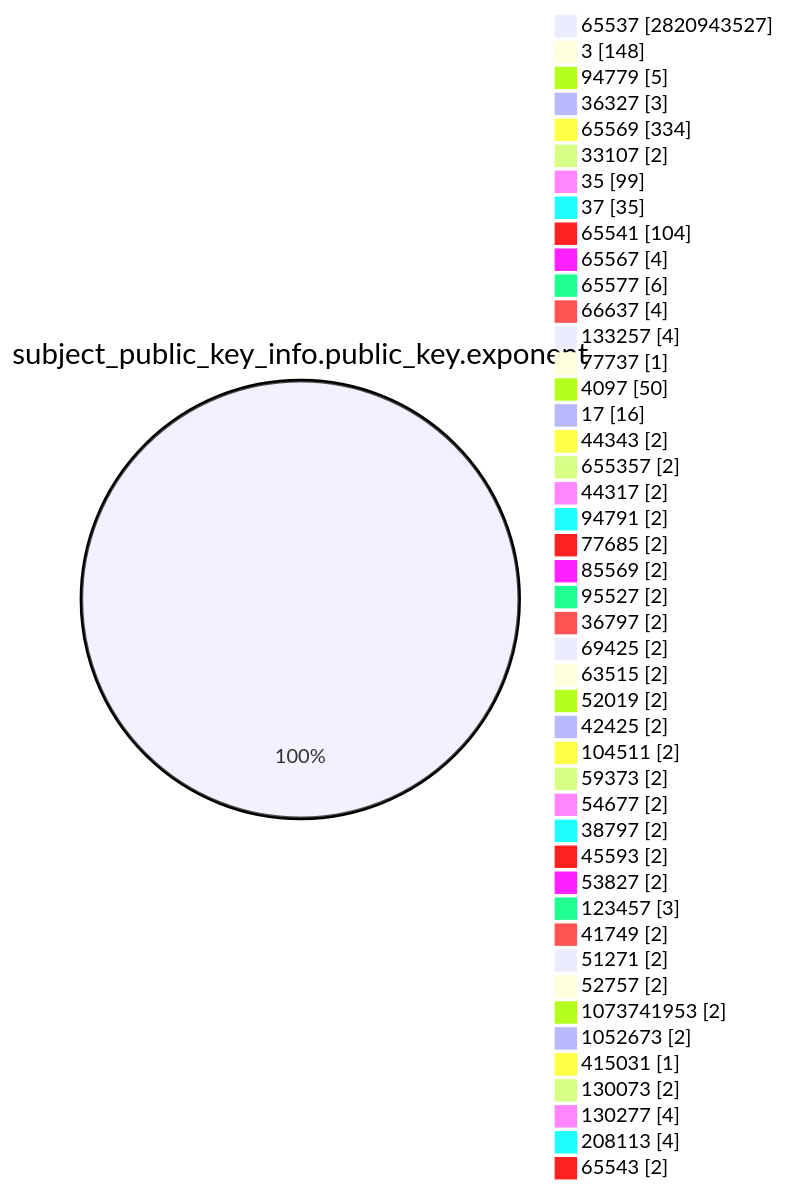
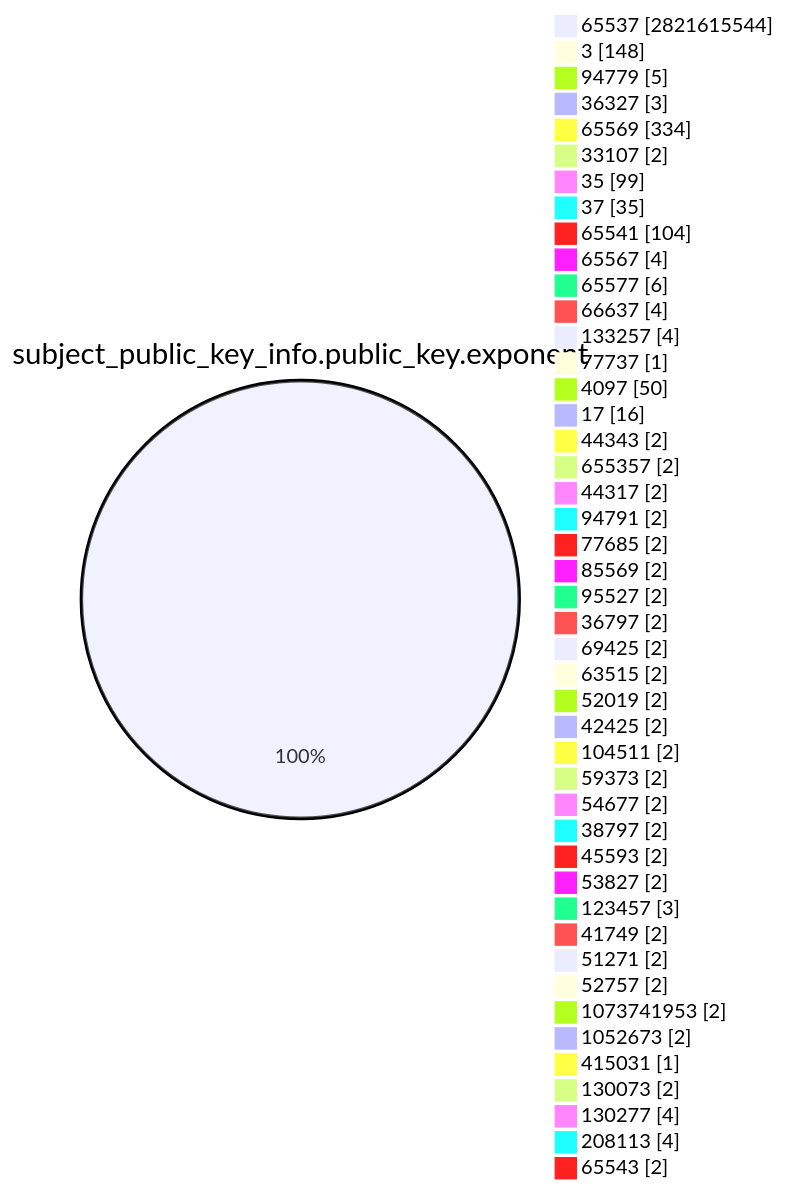
The fourth of 15 diagrams in TOTAL/README.md (christiankrug/ctmonitor_visualization), drawn with Mermaid before and after one commit. The commit also changed other lines of this file, not shown here.

````diff
--- a/TOTAL/README.md
+++ b/TOTAL/README.md
@@ -1468,49 +1468,49 @@
 ```mermaid
 pie showData
 title subject_public_key_info.public_key.exponent
-"65537" :2820943527
+"65537" :2821615544
 "3" :148
 "94779" :5
 "36327" :3
 "65569" :334
 "33107" :2
 "35" :99
 "37" :35
 "65541" :104
 "65567" :4
 "65577" :6
 "66637" :4
 "133257" :4
 "77737" :1
 "4097" :50
 "17" :16
 "44343" :2
 "655357" :2
 "44317" :2
 "94791" :2
 "77685" :2
 "85569" :2
 "95527" :2
 "36797" :2
 "69425" :2
 "63515" :2
 "52019" :2
 "42425" :2
 "104511" :2
 "59373" :2
 "54677" :2
 "38797" :2
 "45593" :2
 "53827" :2
 "123457" :3
 "41749" :2
 "51271" :2
 "52757" :2
 "1073741953" :2
 "1052673" :2
 "415031" :1
 "130073" :2
 "130277" :4
 "208113" :4
 "65543" :2
 ```
````
